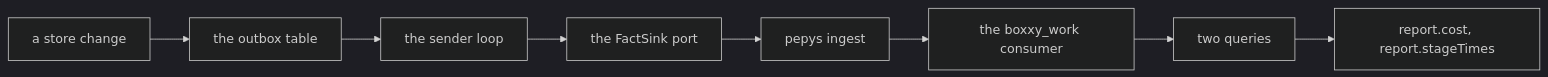
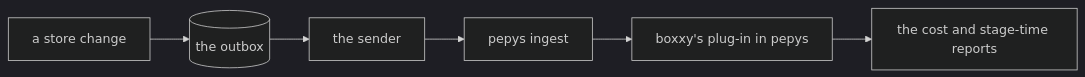
One commit to zgeoff/boxxy changed the diagram in docs/architecture/interfaces/facts-and-pepys.md. Above: the diagram before and after it, drawn with Mermaid (dark theme). The commit also changed other lines of this file and 17 other files, not shown here.

Commit message:
docs: rewrite the architecture docs around what each part is for

````diff
--- a/docs/architecture/interfaces/facts-and-pepys.md
+++ b/docs/architecture/interfaces/facts-and-pepys.md
@@ -21,10 +17,8 @@
 ```mermaid
 flowchart LR
-  change[a store change] --> outbox[the outbox table]
-  outbox --> sender[the sender loop]
-  sender --> sink[the FactSink port]
-  sink --> ingest[pepys ingest]
-  ingest --> work[the boxxy_work consumer]
-  work --> queries[two queries]
-  queries --> reports[report.cost, report.stageTimes]
+  change[a store change] --> outbox[(the outbox)]
+  outbox --> sender[the sender]
+  sender --> ingest[pepys ingest]
+  ingest --> plugin[boxxy's plug-in in pepys]
+  plugin --> reports[the cost and stage-time reports]
 ```
````
